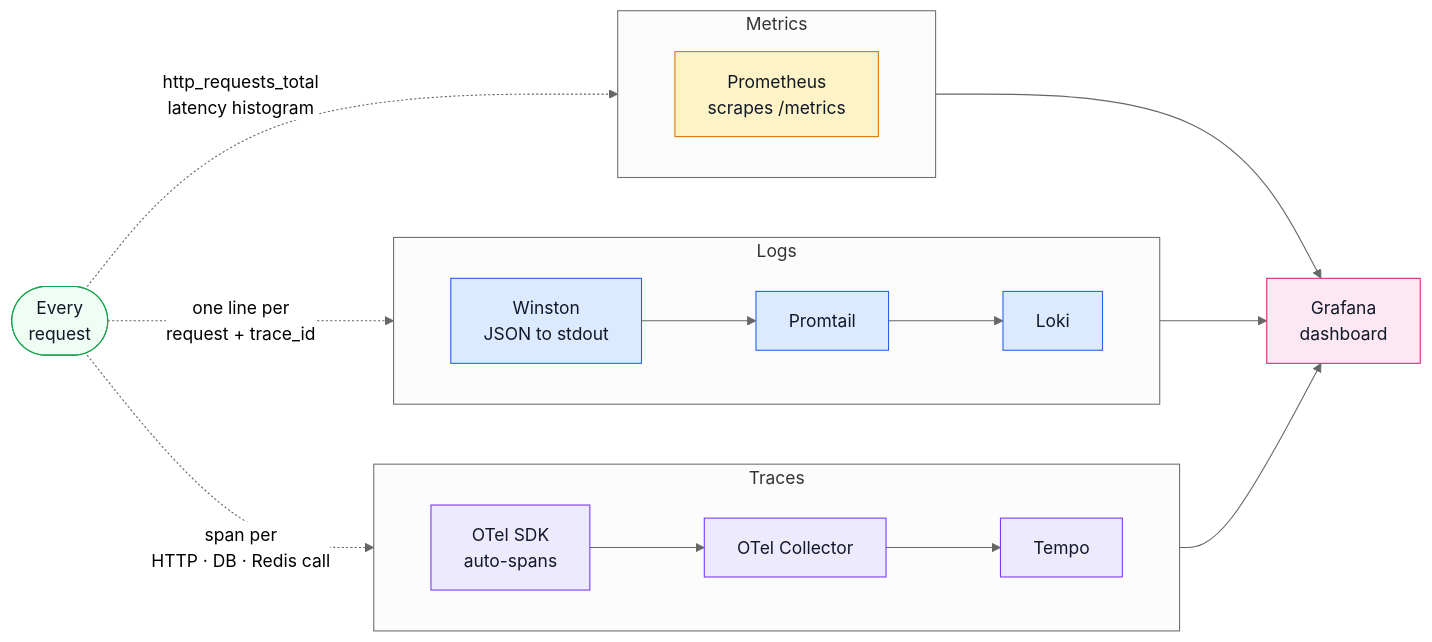
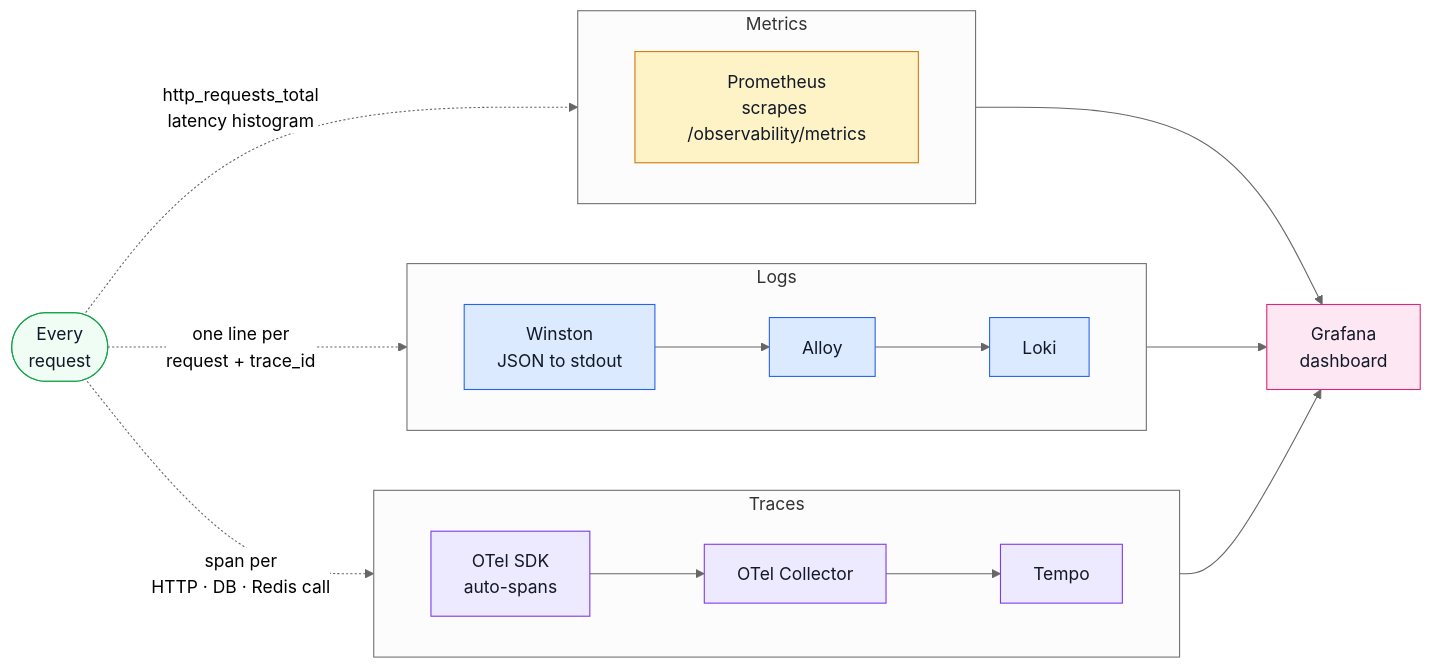
The second of 5 diagrams in docs/theory/request-flow.md (Guebbit/boilerplate-node-backend), drawn with Mermaid (neutral theme) before and after one commit. The commit also changed other lines of this file and 130 other files, not shown here.

````diff
--- a/docs/theory/request-flow.md
+++ b/docs/theory/request-flow.md
@@ -67,48 +67,48 @@
 ```mermaid
 %%{init: {'flowchart': {'nodeSpacing': 55, 'rankSpacing': 80}}}%%
 flowchart LR
     Req(["Every\nrequest"])
 
     subgraph Traces["Traces"]
         direction LR
         OTel["OTel SDK\nauto-spans"]
         Coll["OTel Collector"]
         Tempo["Tempo"]
         OTel --> Coll --> Tempo
     end
 
     subgraph Logs["Logs"]
         direction LR
         Win["Winston\nJSON to stdout"]
-        Tail["Promtail"]
+        Tail["Alloy"]
         Loki["Loki"]
         Win --> Tail --> Loki
     end
 
     subgraph Metrics["Metrics"]
         direction LR
-        Prom["Prometheus\nscrapes /metrics"]
+        Prom["Prometheus\nscrapes /observability/metrics"]
     end
 
     Grafana["Grafana\ndashboard"]
 
     Req -.->|"span per\nHTTP · DB · Redis call"| OTel
     Req -.->|"one line per\nrequest + trace_id"| Win
     Req -.->|"http_requests_total\nlatency histogram"| Prom
 
     Tempo --> Grafana
     Loki  --> Grafana
     Prom  --> Grafana
 
     classDef req   fill:#f0fdf4,stroke:#16a34a,color:#111827;
     classDef trace fill:#ede9fe,stroke:#7c3aed,color:#111827;
     classDef log   fill:#dbeafe,stroke:#2563eb,color:#111827;
     classDef met   fill:#fef3c7,stroke:#d97706,color:#111827;
     classDef ui    fill:#fce7f3,stroke:#db2777,color:#111827;
 
     class Req req;
     class OTel,Coll,Tempo trace;
     class Win,Tail,Loki log;
     class Prom met;
     class Grafana ui;
 ```
````
